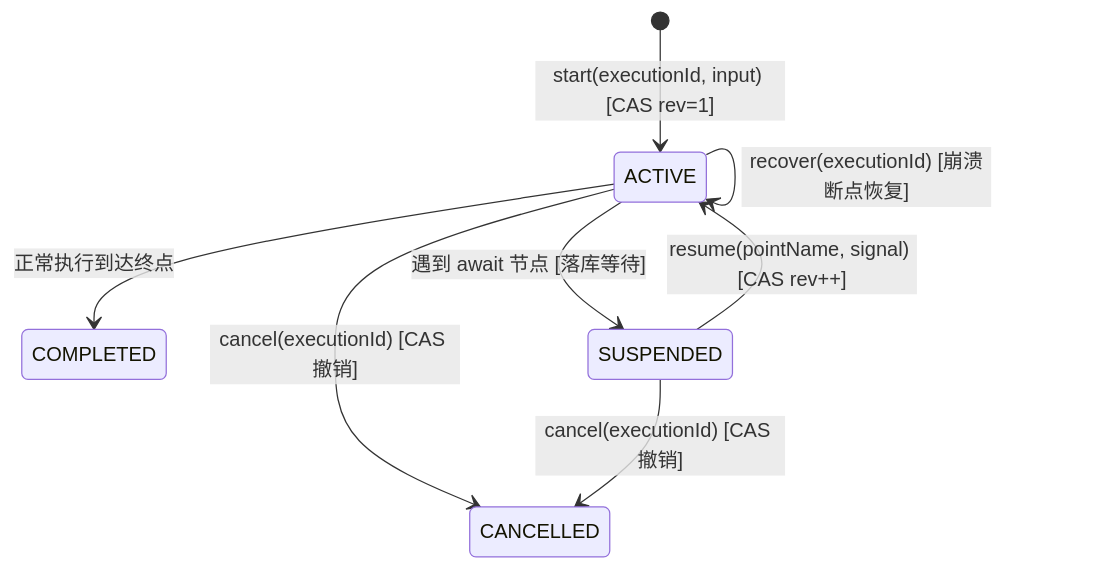
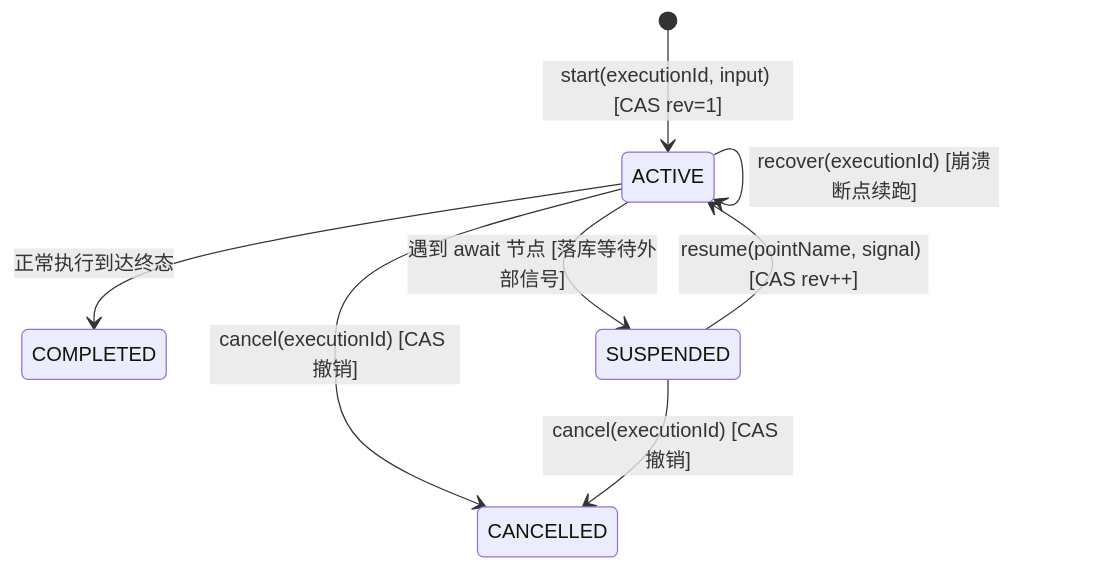
The second of 3 diagrams in docs/flow/flow-durable-core.md (team4u/team4u-framework), drawn with Mermaid before and after one commit. The commit also changed other lines of this file and 21 other files, not shown here.

Commit message:
docs(flow): deepen technical documentation across core, governance, durable, and testing

````diff
--- a/docs/flow/flow-durable-core.md
+++ b/docs/flow/flow-durable-core.md
@@ -43,10 +43,10 @@
 ```mermaid
 stateDiagram-v2
     [*] --> ACTIVE: start(executionId, input) [CAS rev=1]
-    ACTIVE --> COMPLETED: 正常执行到达终点
-    ACTIVE --> SUSPENDED: 遇到 await 节点 [落库等待]
+    ACTIVE --> COMPLETED: 正常执行到达终态
+    ACTIVE --> SUSPENDED: 遇到 await 节点 [落库等待外部信号]
     SUSPENDED --> ACTIVE: resume(pointName, signal) [CAS rev++]
-    ACTIVE --> ACTIVE: recover(executionId) [崩溃断点恢复]
+    ACTIVE --> ACTIVE: recover(executionId) [崩溃断点续跑]
     ACTIVE --> CANCELLED: cancel(executionId) [CAS 撤销]
     SUSPENDED --> CANCELLED: cancel(executionId) [CAS 撤销]
 ```
````
